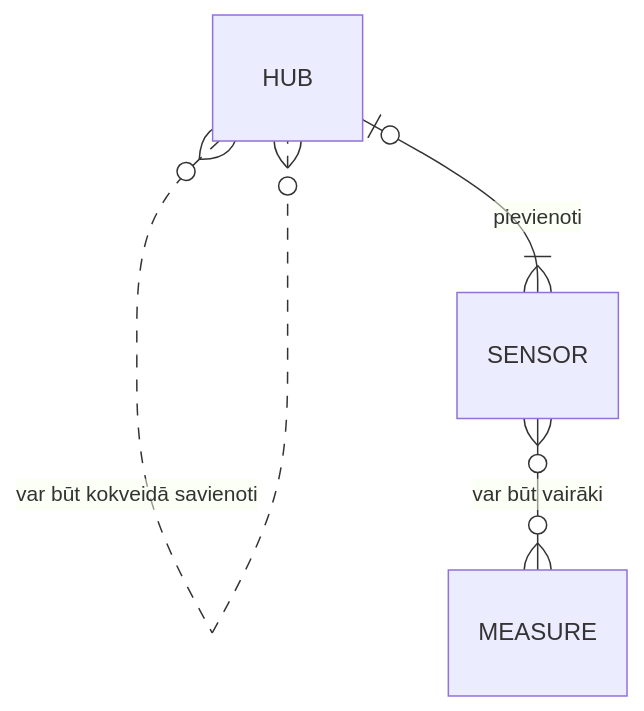
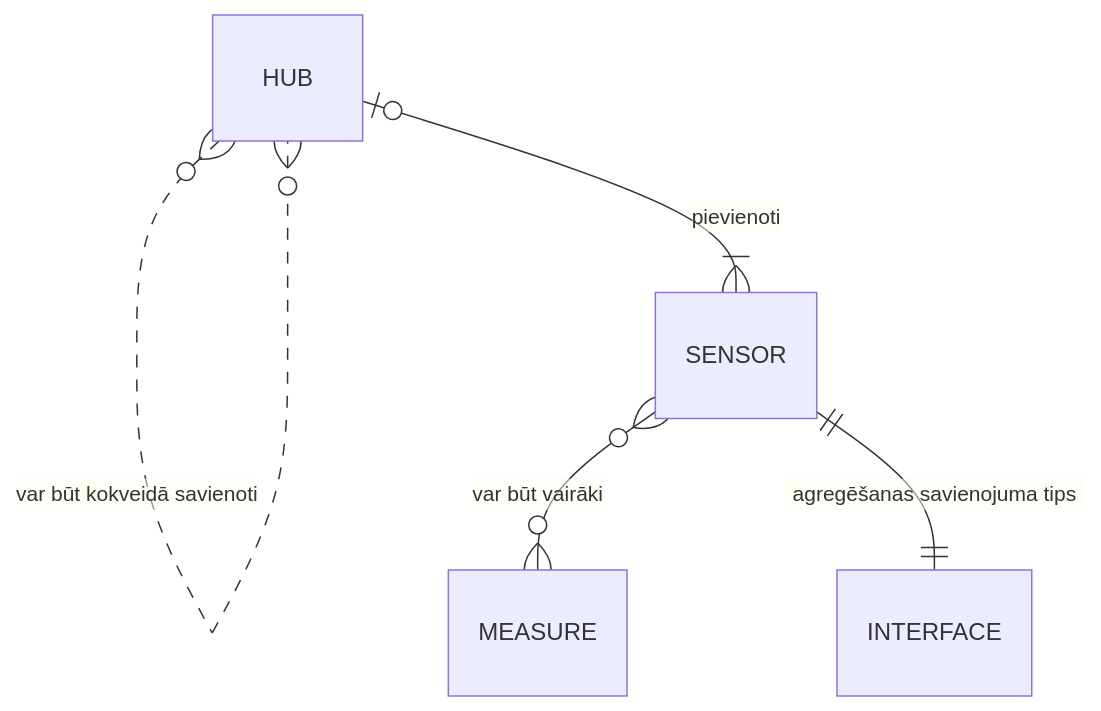
One commit to kur-kluda/collab changed the diagram in Koncepti metadata.md. Above: the diagram before and after it, drawn with Mermaid.

Commit message:
Update Koncepti metadata.md

````diff
--- a/Koncepti metadata.md
+++ b/Koncepti metadata.md
@@ -1,6 +1,7 @@
 ```mermaid
 erDiagram
     HUB }o..o{ HUB : "var būt kokveidā savienoti"
     HUB |o--|{ SENSOR : "pievienoti"
     SENSOR }o--o{ MEASURE : "var būt vairāki"
+    SENSOR ||--|| INTERFACE : "agregēšanas savienojuma tips"
 ```
````
